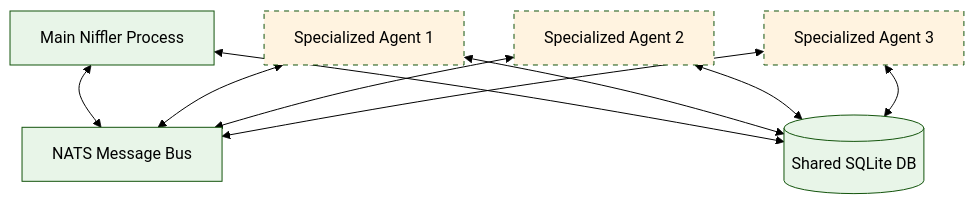
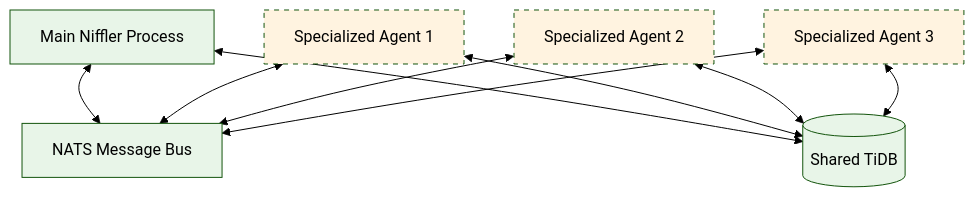
Before and after one commit to gokr/niffler: the third of 3 diagrams in doc/ARCHITECTURE.md, drawn with Mermaid (forest theme). The commit also changed other lines of this file and 2 other files, not shown here.

First line of the commit message:
docs: Update architecture documentation to reflect TiDB-only backend

````diff
--- a/doc/ARCHITECTURE.md
+++ b/doc/ARCHITECTURE.md
@@ -71,27 +71,27 @@
 ```mermaid
 graph TB
     Main[Main Niffler Process]
     NATS[NATS Message Bus]
-    DB[(Shared SQLite DB)]
+    DB[(Shared TiDB)]
 
     %% Agent Processes (Planned)
     Agent1[Specialized Agent 1]
     Agent2[Specialized Agent 2]
     Agent3[Specialized Agent 3]
 
     %% Future Connections
     Main <--> NATS
     Main <--> DB
     Agent1 <--> NATS
     Agent1 <--> DB
     Agent2 <--> NATS
     Agent2 <--> DB
     Agent3 <--> NATS
     Agent3 <--> DB
 
     classDef current fill:#e8f5e8
     classDef planned fill:#fff3e0,stroke-dasharray: 5 5
 
     class Main,NATS,DB current
     class Agent1,Agent2,Agent3 planned
 ```
````
